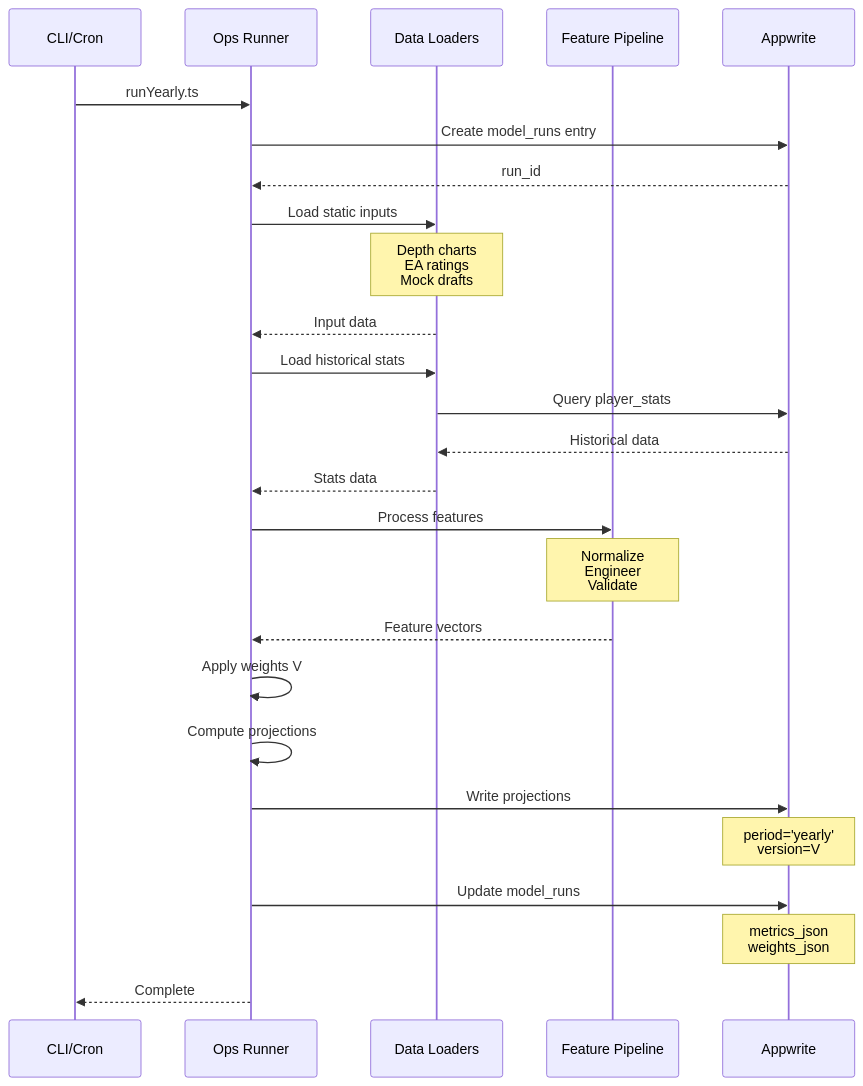
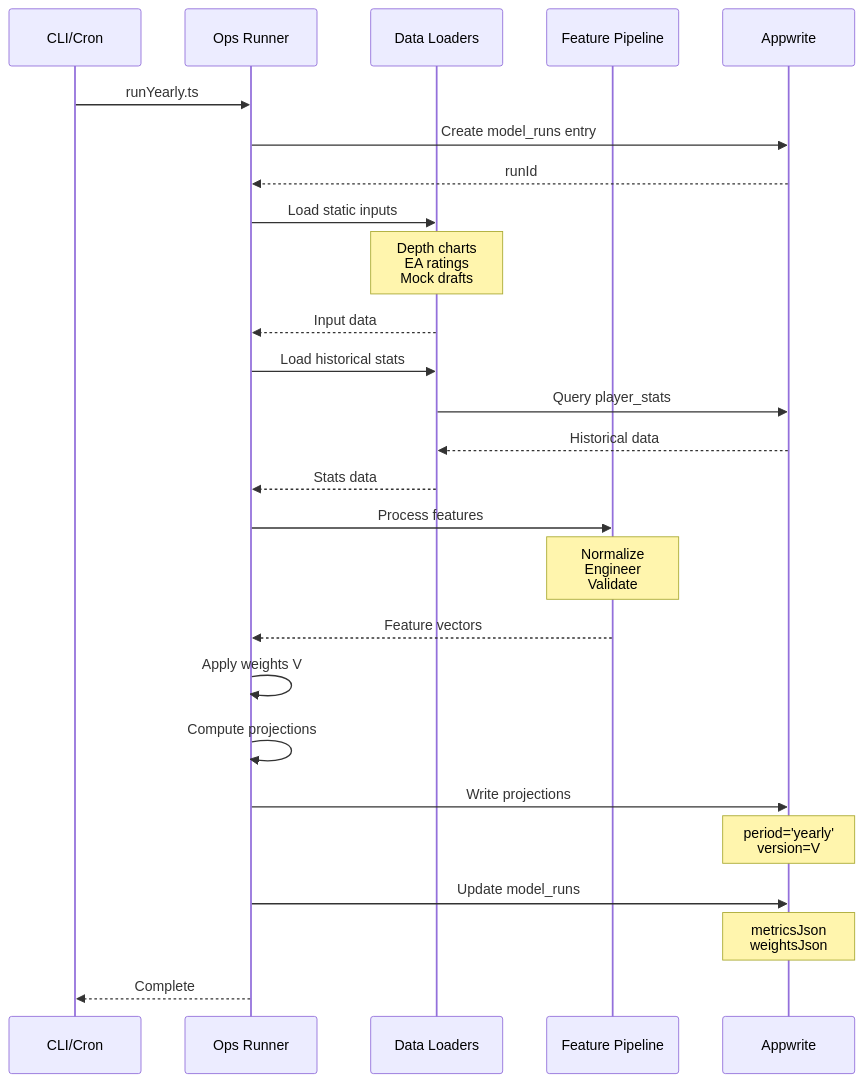
One commit to kpm34/college-football-fantasy-app changed the second of 2 diagrams in docs/diagrams/system-architecture/yearly-projections-flow-draft.md. Above: the diagram before and after it, drawn with Mermaid. The commit also changed other lines of this file and 288 other files, not shown here.

Commit message:
feat(diagrams): Admin Diagrams hub + Lucid OAuth/import integration; add Open in Lucid buttons; fix TS setup

````diff
--- a/docs/diagrams/system-architecture/yearly-projections-flow-draft.md
+++ b/docs/diagrams/system-architecture/yearly-projections-flow-draft.md
@@ -59,36 +59,36 @@
 ```mermaid
 sequenceDiagram
     participant CLI as CLI/Cron
     participant Runner as Ops Runner
     participant Loaders as Data Loaders
     participant Pipeline as Feature Pipeline
     participant DB as Appwrite
     
     CLI->>Runner: runYearly.ts
     Runner->>DB: Create model_runs entry
-    DB-->>Runner: run_id
+    DB-->>Runner: runId
     
     Runner->>Loaders: Load static inputs
     Note over Loaders: Depth charts<br/>EA ratings<br/>Mock drafts
     Loaders-->>Runner: Input data
     
     Runner->>Loaders: Load historical stats
     Loaders->>DB: Query player_stats
     DB-->>Loaders: Historical data
     Loaders-->>Runner: Stats data
     
     Runner->>Pipeline: Process features
     Note over Pipeline: Normalize<br/>Engineer<br/>Validate
     Pipeline-->>Runner: Feature vectors
     
     Runner->>Runner: Apply weights V
     Runner->>Runner: Compute projections
     
     Runner->>DB: Write projections
     Note over DB: period='yearly'<br/>version=V
     
     Runner->>DB: Update model_runs
-    Note over DB: metrics_json<br/>weights_json
+    Note over DB: metricsJson<br/>weightsJson
     
     Runner-->>CLI: Complete
 ```
````
